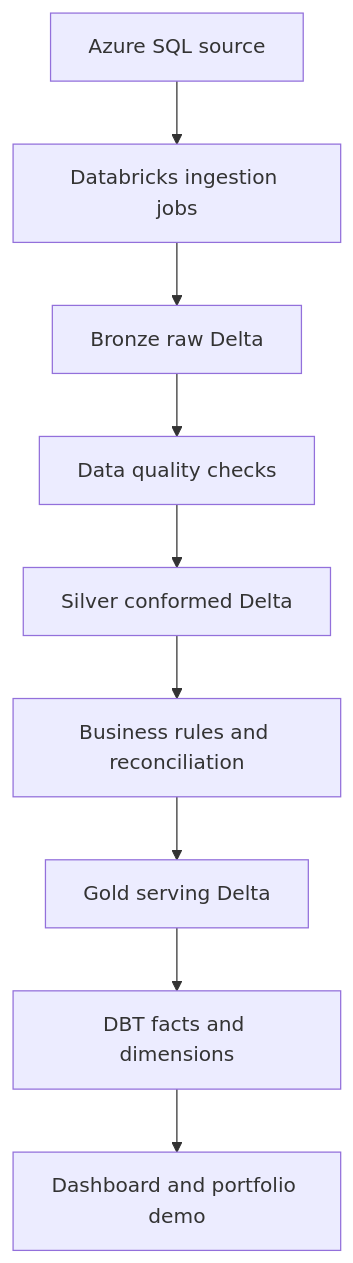
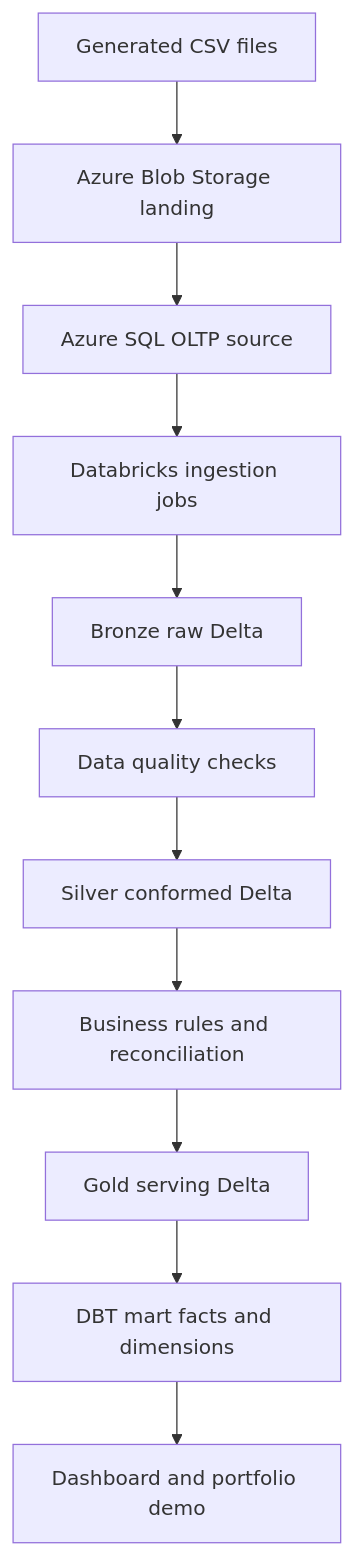
Before and after one commit to AADData/MutualFund_DataEngg_Platform: the diagram in docs/architecture.md, drawn with Mermaid. The commit also changed other lines of this file and 11 other files, not shown here.

````diff
--- a/docs/architecture.md
+++ b/docs/architecture.md
@@ -35,11 +36,13 @@
 ```mermaid
 flowchart TD
-    S["Azure SQL source"] --> I["Databricks ingestion jobs"]
+    F["Generated CSV files"] --> L["Azure Blob Storage landing"]
+    L --> S["Azure SQL OLTP source"]
+    S --> I["Databricks ingestion jobs"]
     I --> B["Bronze raw Delta"]
     B --> Q["Data quality checks"]
     Q --> C["Silver conformed Delta"]
     C --> R["Business rules and reconciliation"]
     R --> G["Gold serving Delta"]
-    G --> M["DBT facts and dimensions"]
+    G --> M["DBT mart facts and dimensions"]
     M --> D["Dashboard and portfolio demo"]
 ```
````
